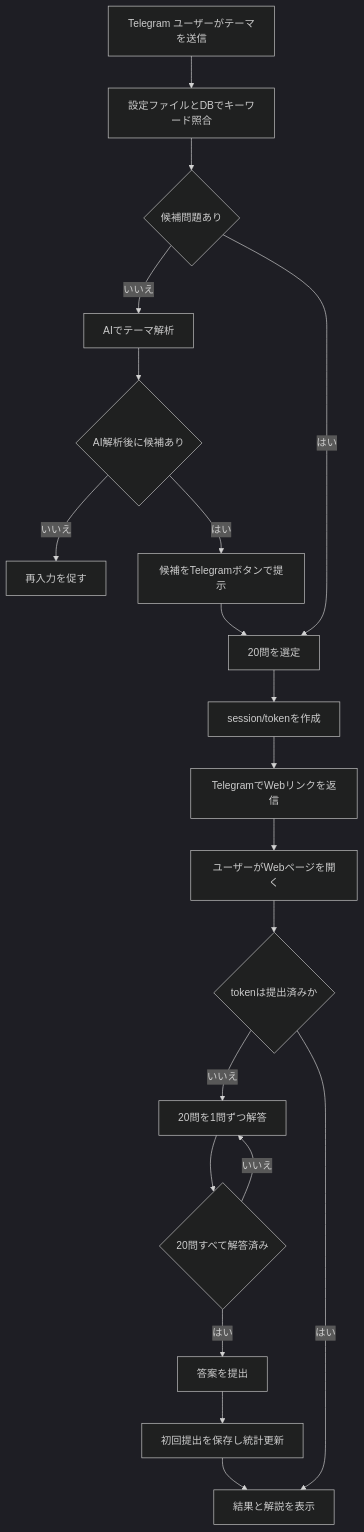
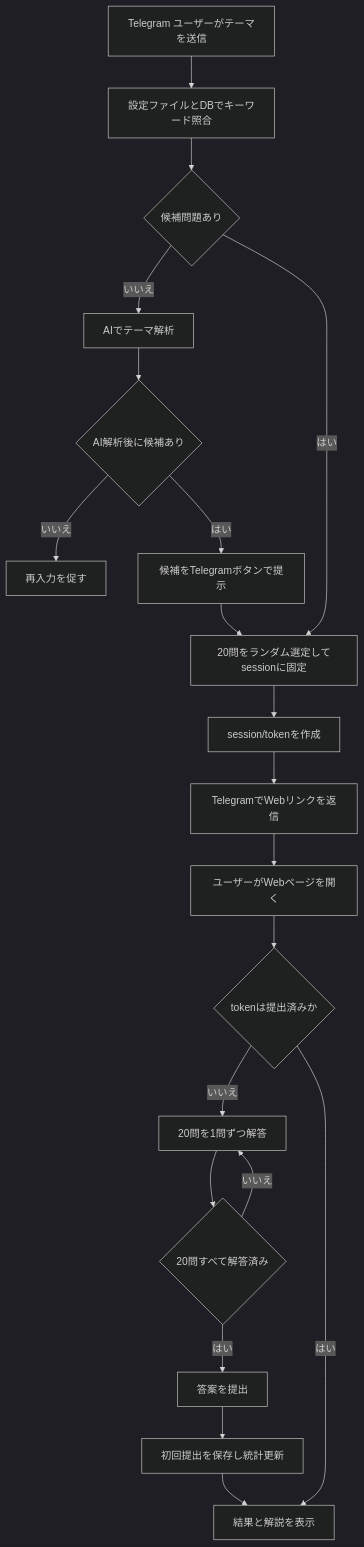
Before and after one commit to zcorw/fe-siken-quiz-bot: the diagram in docs/USER_FLOW.md, drawn with Mermaid (dark theme). The commit also changed other lines of this file and 4 other files, not shown here.

````diff
--- a/docs/USER_FLOW.md
+++ b/docs/USER_FLOW.md
@@ -49,22 +50,22 @@
 ```mermaid
 flowchart TD
     A["Telegram ユーザーがテーマを送信"] --> B["設定ファイルとDBでキーワード照合"]
     B --> C{"候補問題あり"}
     C -- "いいえ" --> D["AIでテーマ解析"]
     D --> E{"AI解析後に候補あり"}
     E -- "いいえ" --> F["再入力を促す"]
     E -- "はい" --> Q["候補をTelegramボタンで提示"]
     Q --> G
-    C -- "はい" --> G["20問を選定"]
+    C -- "はい" --> G["20問をランダム選定してsessionに固定"]
     G --> H["session/tokenを作成"]
     H --> I["TelegramでWebリンクを返信"]
     I --> J["ユーザーがWebページを開く"]
     J --> K{"tokenは提出済みか"}
     K -- "いいえ" --> L["20問を1問ずつ解答"]
     L --> M{"20問すべて解答済み"}
     M -- "いいえ" --> L
     M -- "はい" --> N["答案を提出"]
     N --> O["初回提出を保存し統計更新"]
     O --> P["結果と解説を表示"]
     K -- "はい" --> P
 ```
````
